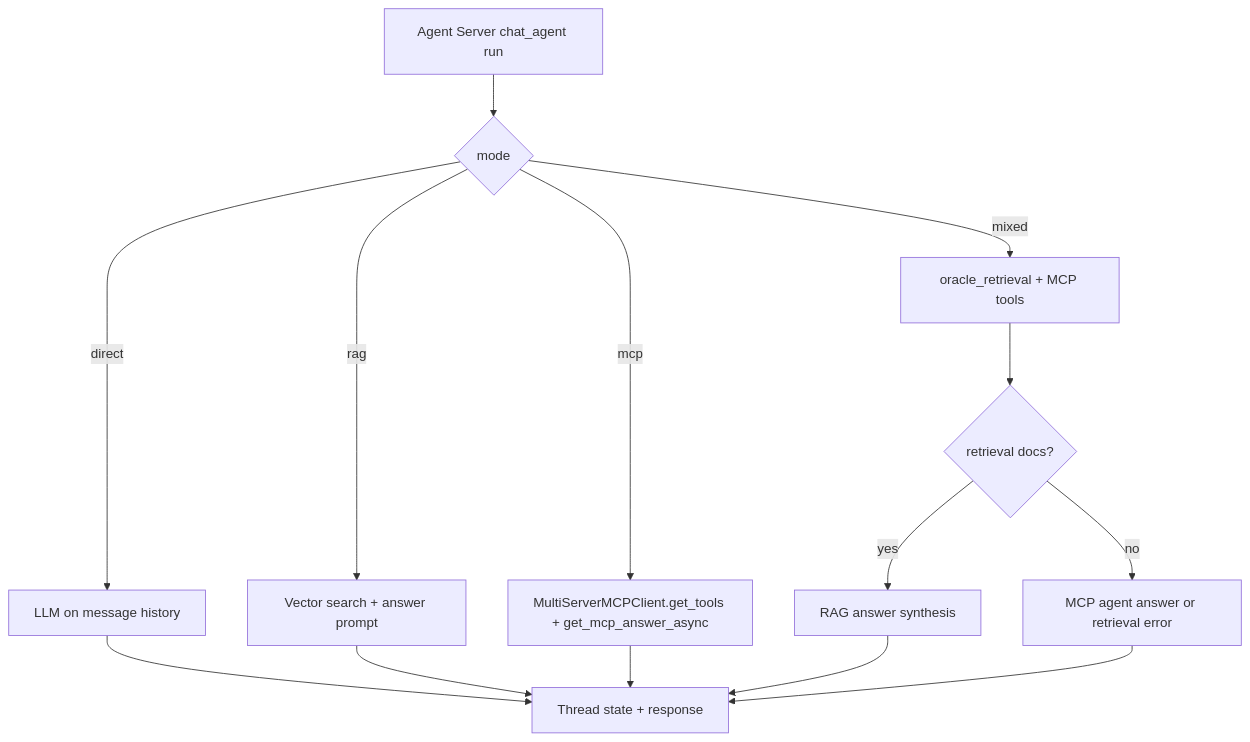
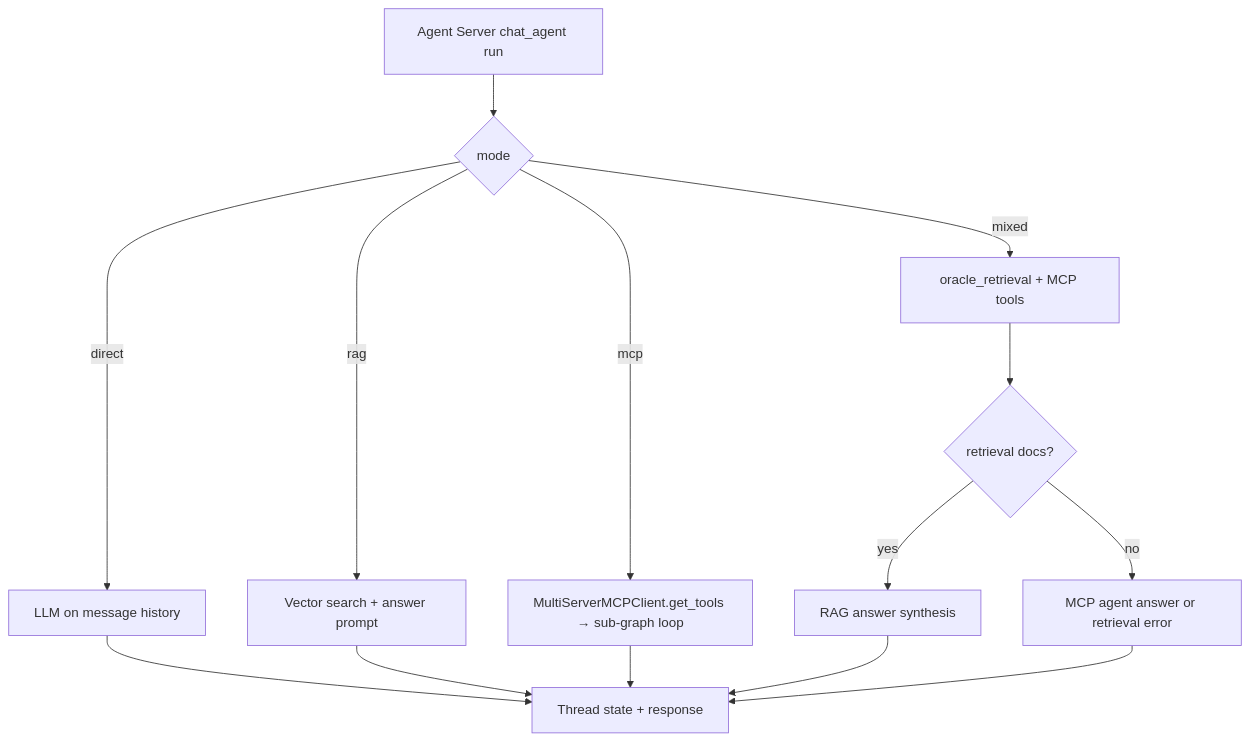
The diagram in docs/MCP-USAGE.md (varunyn/Oracle-26ai-LangChain-RAG), drawn with Mermaid before and after one commit. The commit also changed other lines of this file and 21 other files, not shown here.

````diff
--- a/docs/MCP-USAGE.md
+++ b/docs/MCP-USAGE.md
@@ -188,16 +188,16 @@
 ```mermaid
 flowchart TD
     A[Agent Server chat_agent run] --> C{mode}
     C -->|direct| D[LLM on message history]
     C -->|rag| E[Vector search + answer prompt]
-    C -->|mcp| F[MultiServerMCPClient.get_tools + get_mcp_answer_async]
+    C -->|mcp| F[MultiServerMCPClient.get_tools → sub-graph loop]
     C -->|mixed| G[oracle_retrieval + MCP tools]
     G --> I{retrieval docs?}
     I -->|yes| J[RAG answer synthesis]
     I -->|no| K[MCP agent answer or retrieval error]
     D --> H[Thread state + response]
     E --> H
     F --> H
     J --> H
     K --> H
 ```
````
